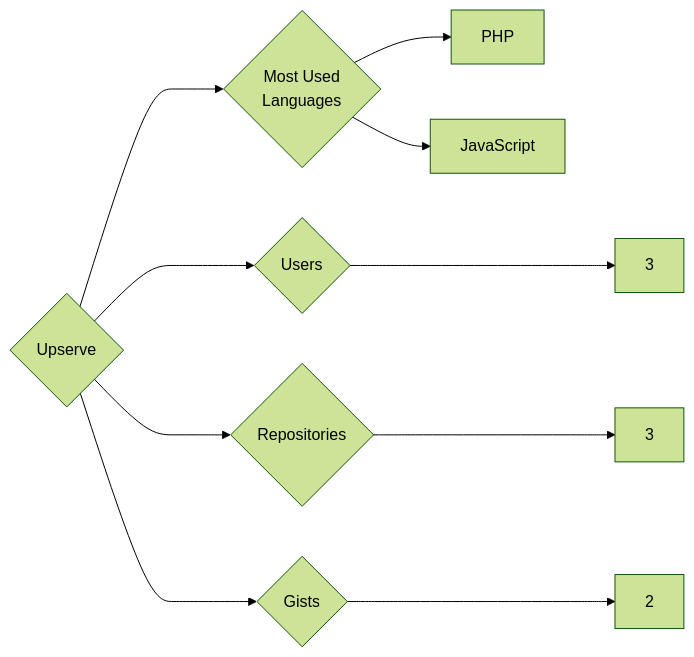
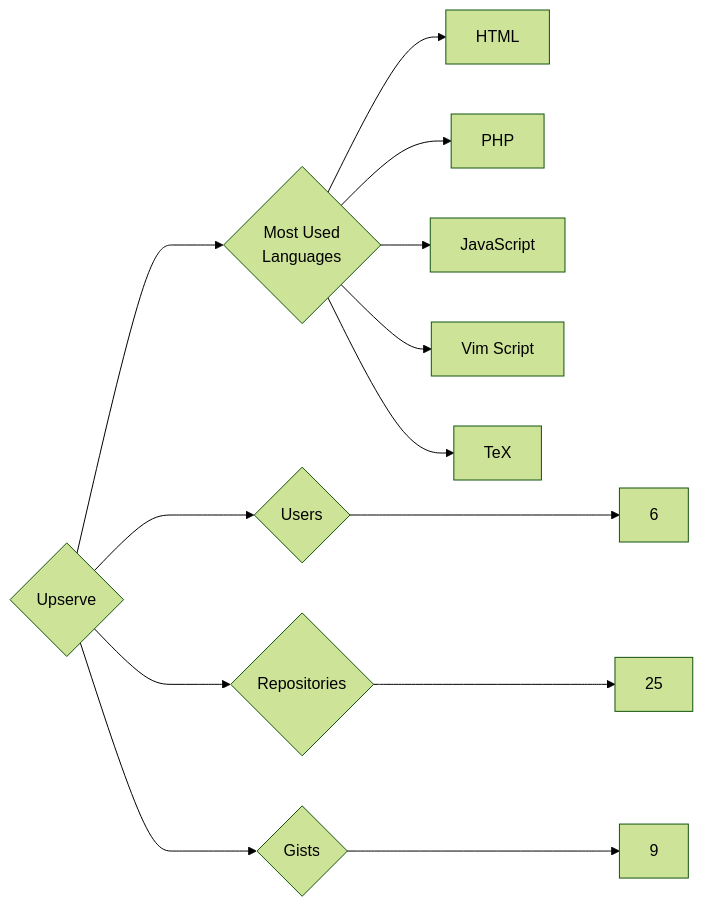
One commit to trickest/insiders changed the diagram in targets/Upserve/README.md. Above: the diagram before and after it, drawn with Mermaid (forest theme). The commit also changed 1496 other files, not shown here.

````diff
--- a/targets/Upserve/README.md
+++ b/targets/Upserve/README.md
@@ -3,10 +3,13 @@
 ```mermaid
 graph LR
 COMPANY_NAME{Upserve}
-COMPANY_NAME ---> U{Users} ---> UN[3]
-COMPANY_NAME ---> R{Repositories} ---> RN[3]
-COMPANY_NAME ---> G{Gists} ---> GN[2]
+COMPANY_NAME ---> U{Users} ---> UN[6]
+COMPANY_NAME ---> R{Repositories} ---> RN[25]
+COMPANY_NAME ---> G{Gists} ---> GN[9]
 COMPANY_NAME ---> ML{Most Used<br>Languages}
+ML --> HTML[HTML]
 ML --> PHP[PHP]
 ML --> JavaScript[JavaScript]
+ML --> Vim_Script[Vim Script]
+ML --> TeX[TeX]
 ```
````
